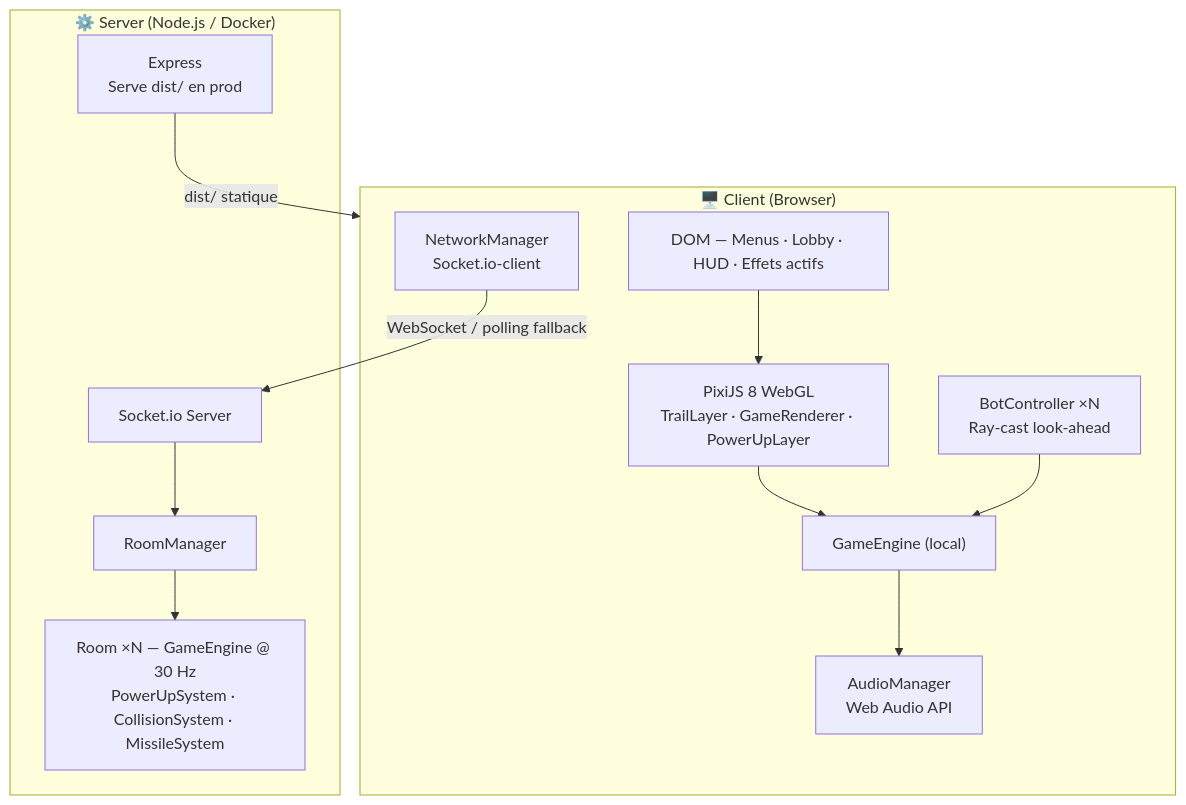
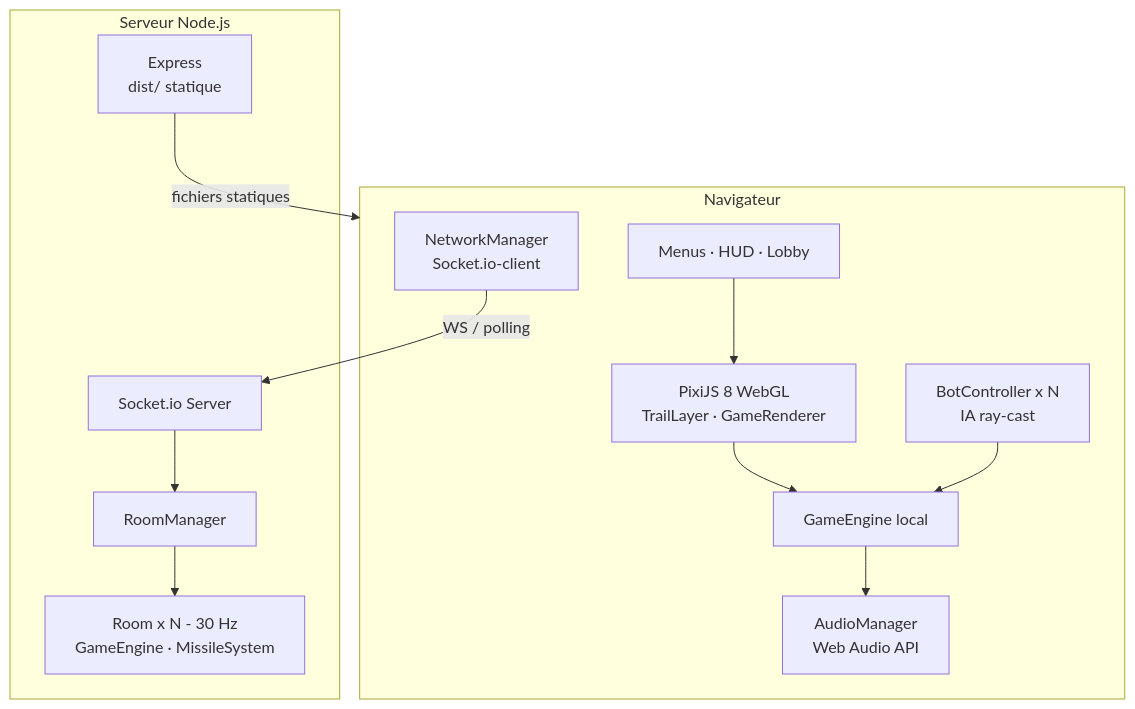
One commit to artkabis/crazycurve changed the first of 4 diagrams in README.md. Above: the diagram before and after it, drawn with Mermaid. The commit also changed other lines of this file, not shown here.

First line of the commit message:
docs: rewrite README - fix mermaid syntax, add GitHub callouts, task lists, full visual overhaul

````diff
--- a/README.md
+++ b/README.md
@@ -54,26 +55,24 @@
 ```mermaid
 graph TD
-    subgraph Client["🖥️ Client (Browser)"]
-        UI["DOM — Menus · Lobby · HUD · Effets actifs"]
-        PIXI["PixiJS 8 WebGL\nTrailLayer · GameRenderer · PowerUpLayer"]
-        ENGINE_C["GameEngine (local)"]
-        BOT["BotController ×N\nRay-cast look-ahead"]
-        NET["NetworkManager\nSocket.io-client"]
-        AUDIO["AudioManager\nWeb Audio API"]
+    subgraph CLIENT["Navigateur"]
+        UI["Menus · HUD · Lobby"]
+        PIXI["PixiJS 8 WebGL<br/>TrailLayer · GameRenderer"]
+        ENG["GameEngine local"]
+        BOT["BotController x N<br/>IA ray-cast"]
+        NET["NetworkManager<br/>Socket.io-client"]
+        AUD["AudioManager<br/>Web Audio API"]
     end
 
-    subgraph Server["⚙️ Server (Node.js / Docker)"]
-        EXPRESS["Express\nServe dist/ en prod"]
+    subgraph SERVER["Serveur Node.js"]
+        EXP["Express<br/>dist/ statique"]
         SIO["Socket.io Server"]
         RM["RoomManager"]
-        ROOM["Room ×N — GameEngine @ 30 Hz\nPowerUpSystem · CollisionSystem · MissileSystem"]
+        ROOM["Room x N - 30 Hz<br/>GameEngine · MissileSystem"]
     end
 
-    UI --> PIXI
-    PIXI --> ENGINE_C
-    ENGINE_C --> AUDIO
-    BOT --> ENGINE_C
-    NET -->|"WebSocket / polling fallback"| SIO
+    UI --> PIXI --> ENG --> AUD
+    BOT --> ENG
+    NET -->|WS / polling| SIO
     SIO --> RM --> ROOM
-    EXPRESS -->|"dist/ statique"| Client
+    EXP -->|fichiers statiques| CLIENT
 ```
````
